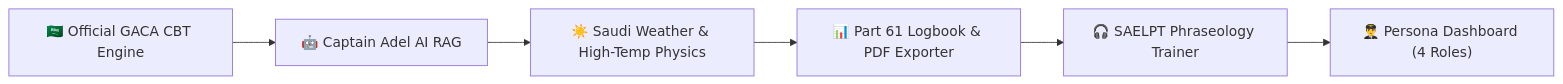
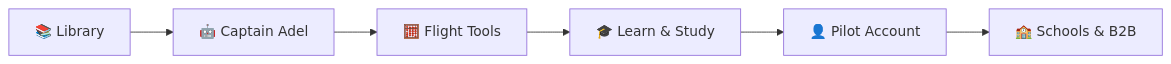
Before and after one commit to FlyGACA/FlyGACA-app: the first of 2 diagrams in README.md, drawn with Mermaid. The commit also changed other lines of this file and 2306 other files, not shown here.

````diff
--- a/README.md
+++ b/README.md
@@ -87,8 +84,8 @@
 ```mermaid
 flowchart LR
-    A["🇸🇦 Official GACA CBT Engine"] --> B["🤖 Captain Adel AI RAG"]
-    B --> C["☀️ Saudi Weather & High-Temp Physics"]
-    C --> D["📊 Part 61 Logbook & PDF Exporter"]
-    D --> E["🎧 SAELPT Phraseology Trainer"]
-    E --> F["👨‍✈️ Persona Dashboard (4 Roles)"]
+    A["📚 Library"] --> B["🤖 Captain Adel"]
+    B --> C["🧮 Flight Tools"]
+    C --> D["🎓 Learn & Study"]
+    D --> E["👤 Pilot Account"]
+    E --> F["🏫 Schools & B2B"]
 ```
````
